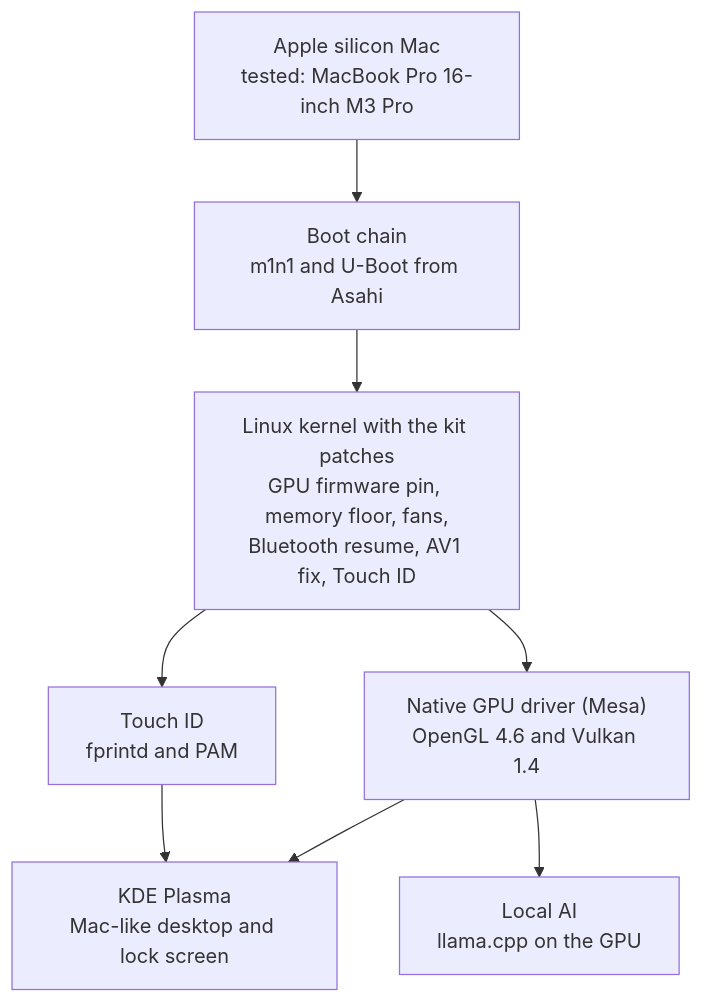
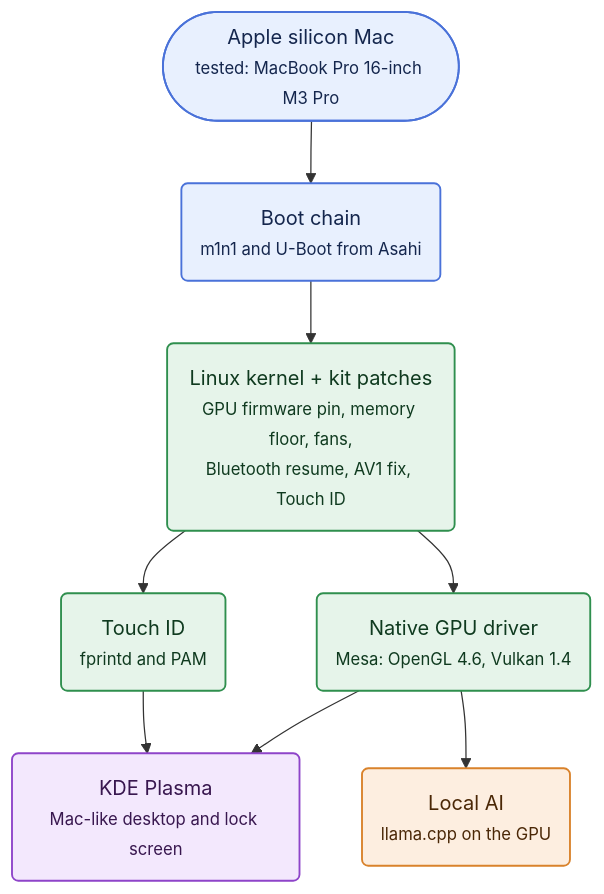
The diagram in README.md (zainnobody/orchard), drawn with Mermaid before and after one commit.

Commit message:
Hub page: colored diagram

````diff
--- a/README.md
+++ b/README.md
@@ -23,16 +23,20 @@
 ```mermaid
 flowchart TB
-    mac["Apple silicon Mac<br/>tested: MacBook Pro 16-inch M3 Pro"]
-    boot["Boot chain<br/>m1n1 and U-Boot from Asahi"]
-    kernel["Linux kernel with the kit patches<br/>GPU firmware pin, memory floor, fans,<br/>Bluetooth resume, AV1 fix, Touch ID"]
-    mesa["Native GPU driver (Mesa)<br/>OpenGL 4.6 and Vulkan 1.4"]
-    touch["Touch ID<br/>fprintd and PAM"]
-    kde["KDE Plasma<br/>Mac-like desktop and lock screen"]
-    ai["Local AI<br/>llama.cpp on the GPU"]
+    mac(["Apple silicon Mac<br/><small>tested: MacBook Pro 16-inch M3 Pro</small>"]):::hw
+    boot("Boot chain<br/><small>m1n1 and U-Boot from Asahi</small>"):::hw
+    kernel("Linux kernel + kit patches<br/><small>GPU firmware pin, memory floor, fans,<br/>Bluetooth resume, AV1 fix, Touch ID</small>"):::core
+    mesa("Native GPU driver<br/><small>Mesa: OpenGL 4.6, Vulkan 1.4</small>"):::core
+    touch("Touch ID<br/><small>fprintd and PAM</small>"):::core
+    kde("KDE Plasma<br/><small>Mac-like desktop and lock screen</small>"):::ui
+    ai("Local AI<br/><small>llama.cpp on the GPU</small>"):::ai
     mac --> boot --> kernel
-    kernel --> mesa
-    kernel --> touch
+    kernel --> mesa & touch
     mesa --> kde
     touch --> kde
     mesa --> ai
+    classDef hw fill:#e8f0fe,stroke:#4a72d9,stroke-width:1.5px,color:#14264d
+    classDef core fill:#e6f4ea,stroke:#2f8f4e,stroke-width:1.5px,color:#0f3a1f
+    classDef ui fill:#f3e8fd,stroke:#8e44c9,stroke-width:1.5px,color:#38174f
+    classDef ai fill:#fdeee0,stroke:#d9822b,stroke-width:1.5px,color:#4a2706
+    classDef todo fill:#f1f3f4,stroke:#9aa0a6,stroke-width:1.5px,stroke-dasharray:5 4,color:#3c4043
 ```
````
